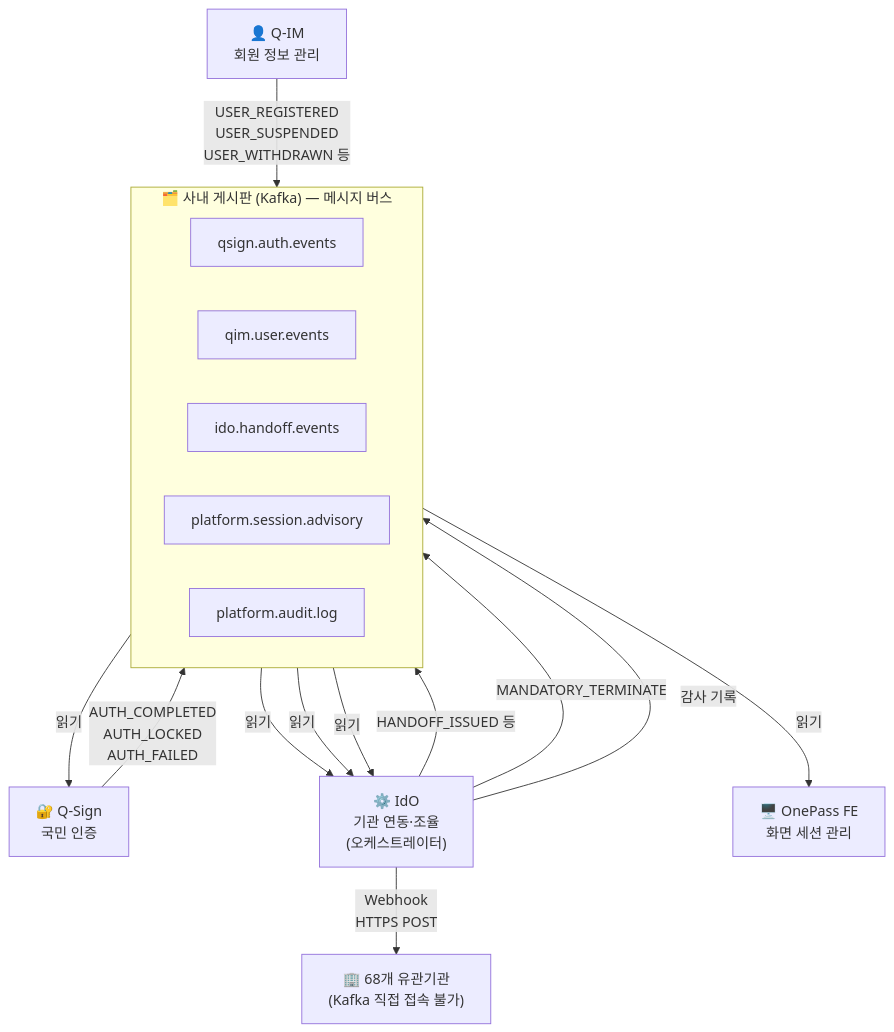
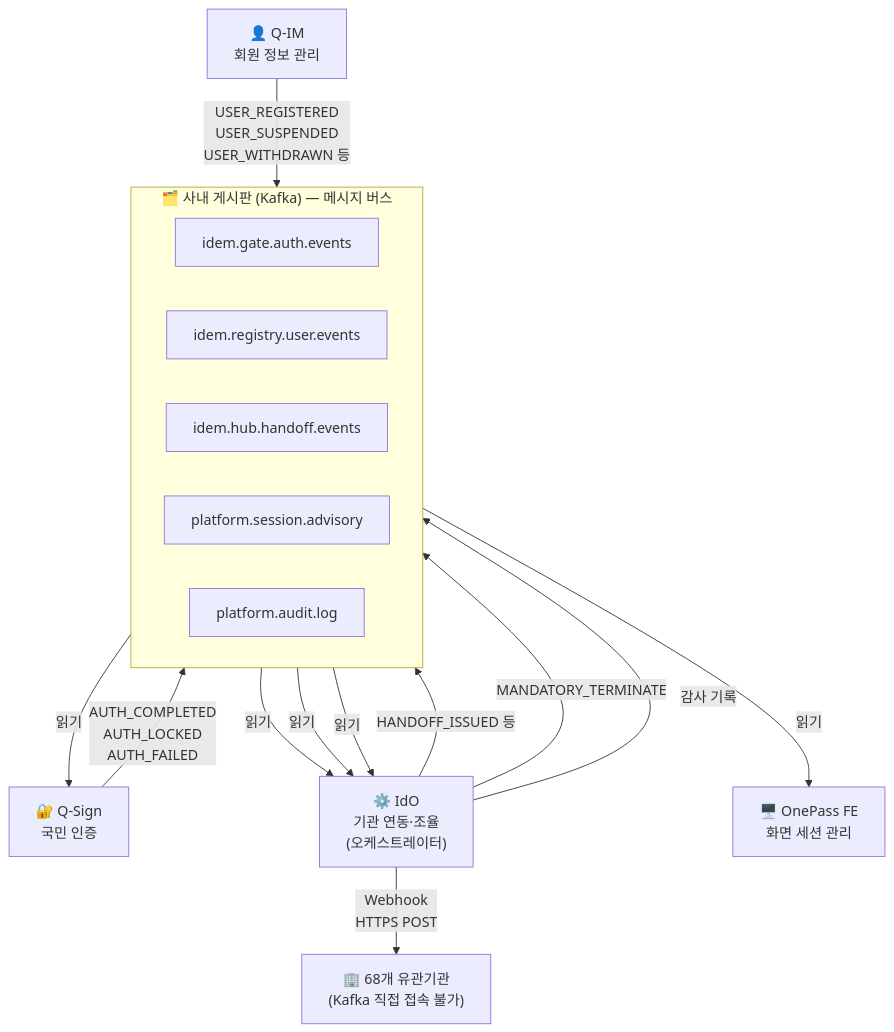
The tenth of 10 diagrams in docs/kafka_easy_guide_for_managers.md (HipsterMIN/integration-sso), drawn with Mermaid before and after one commit. The commit also changed other lines of this file and 379 other files, not shown here.

````diff
--- a/docs/kafka_easy_guide_for_managers.md
+++ b/docs/kafka_easy_guide_for_managers.md
@@ -422,27 +422,27 @@
 ```mermaid
 flowchart TB
     subgraph KAFKA_BUS["🗂️ 사내 게시판 (Kafka) — 메시지 버스"]
         direction LR
-        T1[qsign.auth.events]
-        T2[qim.user.events]
-        T3[ido.handoff.events]
+        T1[idem.gate.auth.events]
+        T2[idem.registry.user.events]
+        T3[idem.hub.handoff.events]
         T4[platform.session.advisory]
         T5[platform.audit.log]
     end
 
     QS["🔐 Q-Sign\n국민 인증"] -->|AUTH_COMPLETED\nAUTH_LOCKED\nAUTH_FAILED| T1
     QIM["👤 Q-IM\n회원 정보 관리"] -->|USER_REGISTERED\nUSER_SUSPENDED\nUSER_WITHDRAWN 등| T2
 
     T1 -->|읽기| IDO["⚙️ IdO\n기관 연동·조율\n(오케스트레이터)"]
     T2 -->|읽기| IDO
     T2 -->|읽기| QS
 
     IDO -->|HANDOFF_ISSUED 등| T3
     IDO -->|MANDATORY_TERMINATE| T4
     IDO -->|감사 기록| T5
 
     T3 -->|읽기| IDO
     T4 -->|읽기| FE["🖥️ OnePass FE\n화면 세션 관리"]
 
     IDO -->|Webhook\nHTTPS POST| 기관들["🏢 68개 유관기관\n(Kafka 직접 접속 불가)"]
 ```
````
